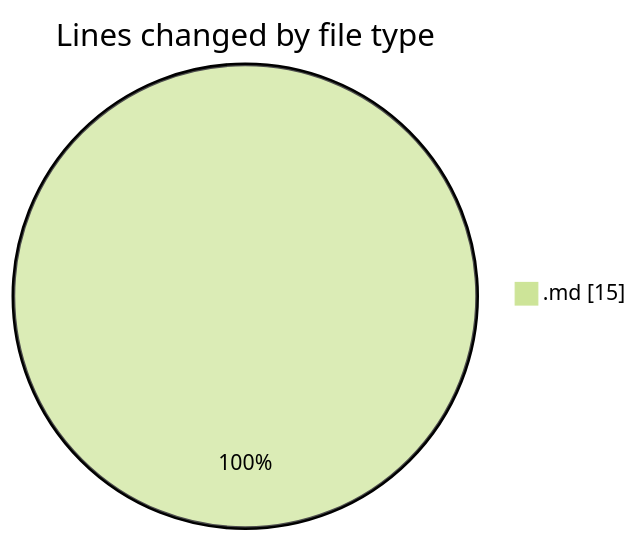
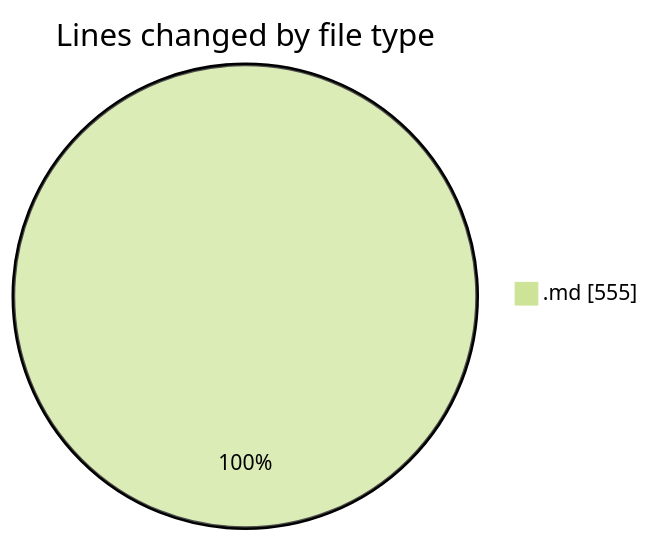
One commit to Ritupan-Deka/code-tracking changed the first of 2 diagrams in 2025-07-14/urlwebwala_intership_work/README.md. Above: the diagram before and after it, drawn with Mermaid (forest theme). The commit also changed other lines of this file and 1 other file, not shown here.

````diff
--- a/2025-07-14/urlwebwala_intership_work/README.md
+++ b/2025-07-14/urlwebwala_intership_work/README.md
@@ -20,5 +20,5 @@
 ```mermaid
 pie showData
 title Lines changed by file type
-".md" : 15
+".md" : 555
 ```
````
